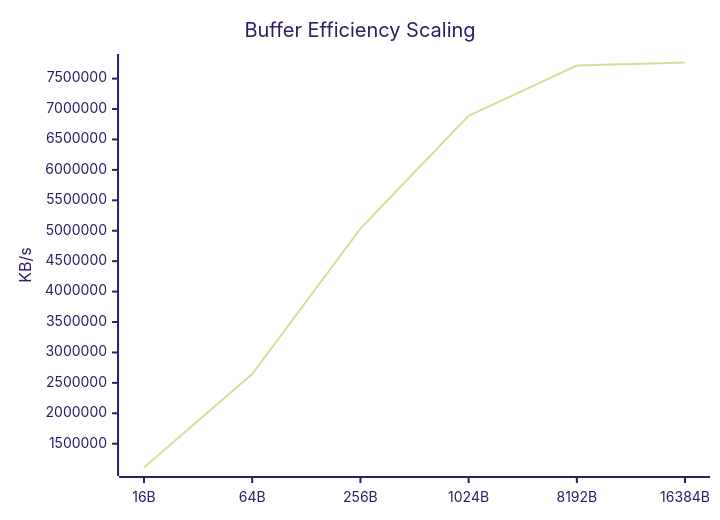
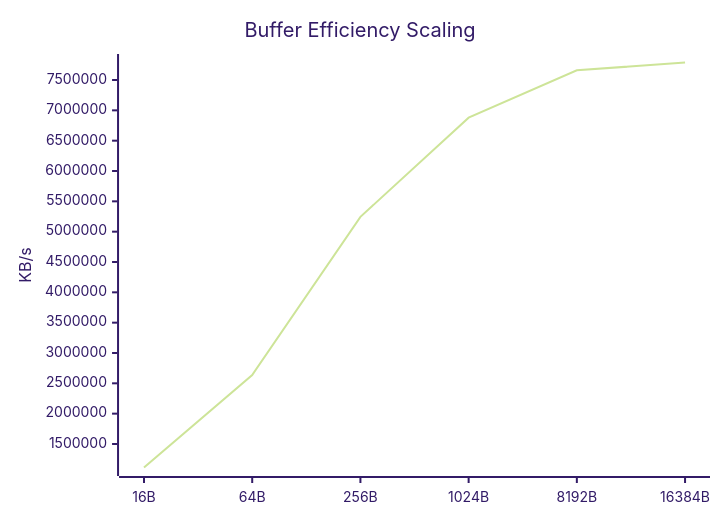
Before and after one commit to taha2samy/openssl_fips: the eighth of 9 diagrams in docs/Comparison_Report.md, drawn with Mermaid (forest theme). The commit also changed other lines of this file and 2 other files, not shown here.

````diff
--- a/docs/Comparison_Report.md
+++ b/docs/Comparison_Report.md
@@ -118,7 +118,7 @@
 ```mermaid
 xychart-beta
     title "Buffer Efficiency Scaling"
     x-axis [16B, 64B, 256B, 1024B, 8192B, 16384B]
     y-axis "KB/s"
-    line [1109024.62, 2643593.22, 5035154.43, 6890158.59, 7714525.18, 7764844.54]
+    line [1112237.29, 2637532.03, 5243752.45, 6879751.68, 7659798.53, 7788822.53]
 ```
````
